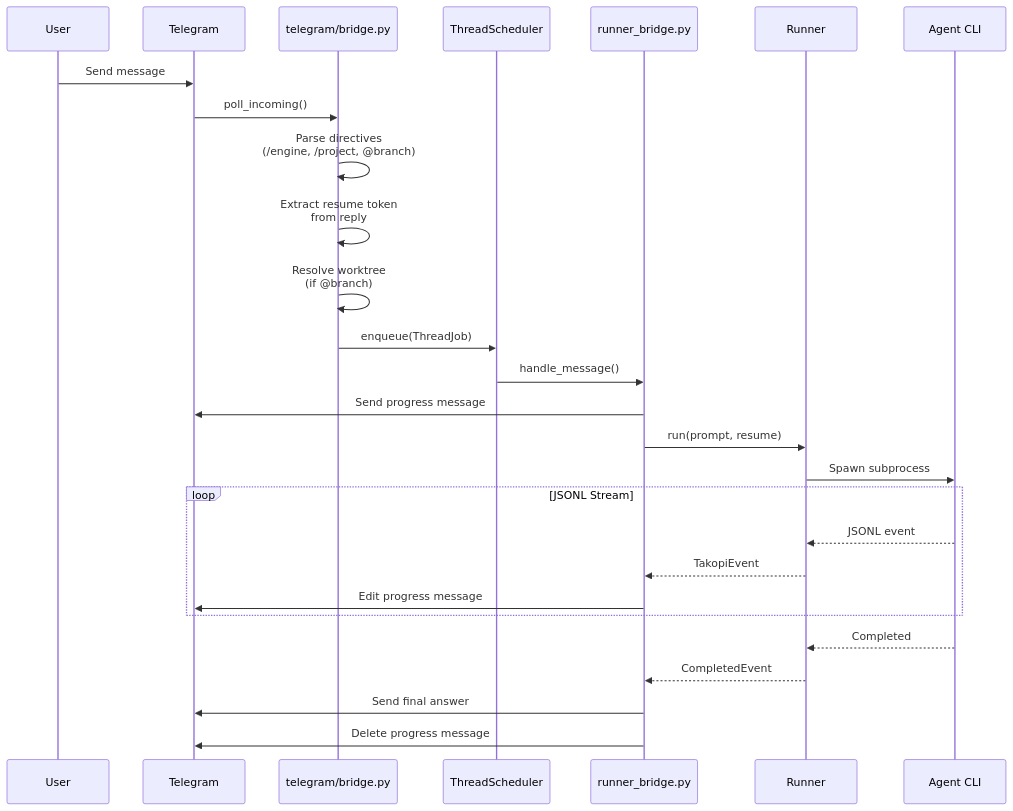
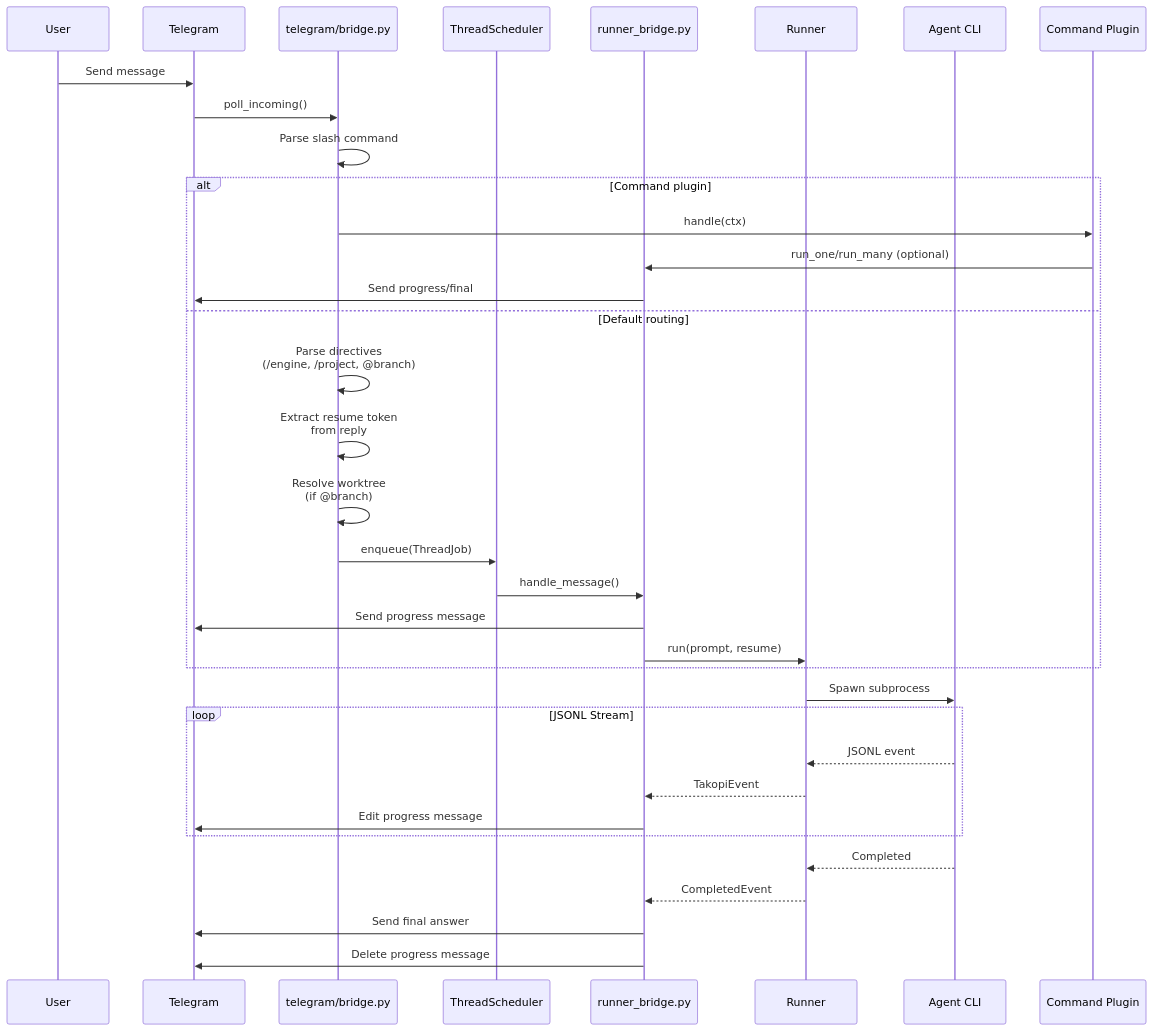
The third of 8 diagrams in docs/architecture.md (banteg/takopi), drawn with Mermaid before and after one commit. The commit also changed other lines of this file, not shown here.

Commit message:
docs(architecture): document plugin commands

````diff
--- a/docs/architecture.md
+++ b/docs/architecture.md
@@ -114,36 +148,44 @@
 ```mermaid
 sequenceDiagram
     participant User
     participant Telegram
     participant Bridge as telegram/bridge.py
     participant Scheduler as ThreadScheduler
     participant RunnerBridge as runner_bridge.py
     participant Runner
     participant AgentCLI as Agent CLI
+    participant Command as Command Plugin
 
     User->>Telegram: Send message
     Telegram->>Bridge: poll_incoming()
 
-    Bridge->>Bridge: Parse directives<br/>(/engine, /project, @branch)
-    Bridge->>Bridge: Extract resume token<br/>from reply
-    Bridge->>Bridge: Resolve worktree<br/>(if @branch)
+    Bridge->>Bridge: Parse slash command
+    alt Command plugin
+        Bridge->>Command: handle(ctx)
+        Command->>RunnerBridge: run_one/run_many (optional)
+        RunnerBridge->>Telegram: Send progress/final
+    else Default routing
+        Bridge->>Bridge: Parse directives<br/>(/engine, /project, @branch)
+        Bridge->>Bridge: Extract resume token<br/>from reply
+        Bridge->>Bridge: Resolve worktree<br/>(if @branch)
 
-    Bridge->>Scheduler: enqueue(ThreadJob)
-    Scheduler->>RunnerBridge: handle_message()
+        Bridge->>Scheduler: enqueue(ThreadJob)
+        Scheduler->>RunnerBridge: handle_message()
 
-    RunnerBridge->>Telegram: Send progress message
-    RunnerBridge->>Runner: run(prompt, resume)
+        RunnerBridge->>Telegram: Send progress message
+        RunnerBridge->>Runner: run(prompt, resume)
+    end
 
     Runner->>AgentCLI: Spawn subprocess
 
     loop JSONL Stream
         AgentCLI-->>Runner: JSONL event
         Runner-->>RunnerBridge: TakopiEvent
         RunnerBridge->>Telegram: Edit progress message
     end
 
     AgentCLI-->>Runner: Completed
     Runner-->>RunnerBridge: CompletedEvent
     RunnerBridge->>Telegram: Send final answer
     RunnerBridge->>Telegram: Delete progress message
 ```
````
